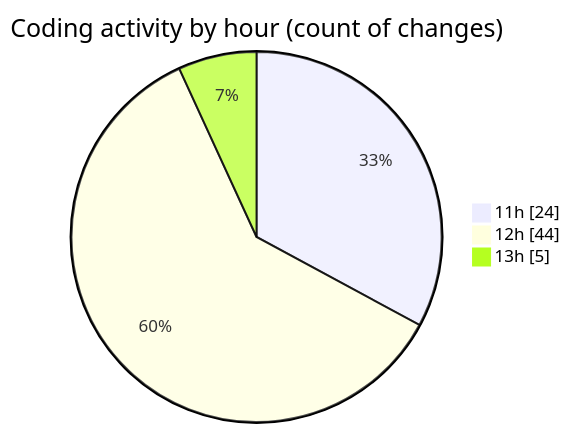
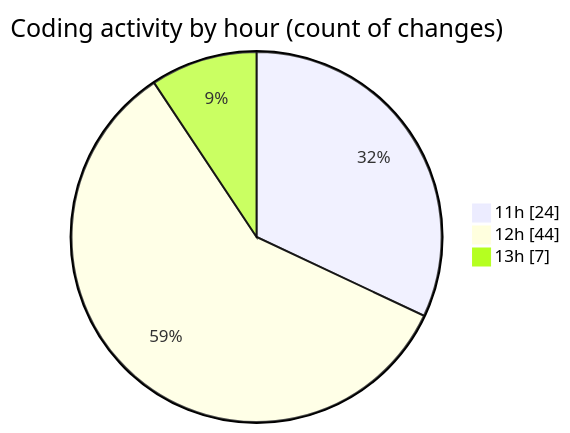
The second of 2 diagrams in 2025-05-10/argos-dev/README.md (nxtqubesakshisongat/code-tracking), drawn with Mermaid before and after one commit. The commit also changed other lines of this file and 1 other file, not shown here.

````diff
--- a/2025-05-10/argos-dev/README.md
+++ b/2025-05-10/argos-dev/README.md
@@ -29,7 +29,7 @@
 ```mermaid
 pie showData
 title Coding activity by hour (count of changes)
 "11h" : 24
 "12h" : 44
-"13h" : 5
+"13h" : 7
 ```
````
